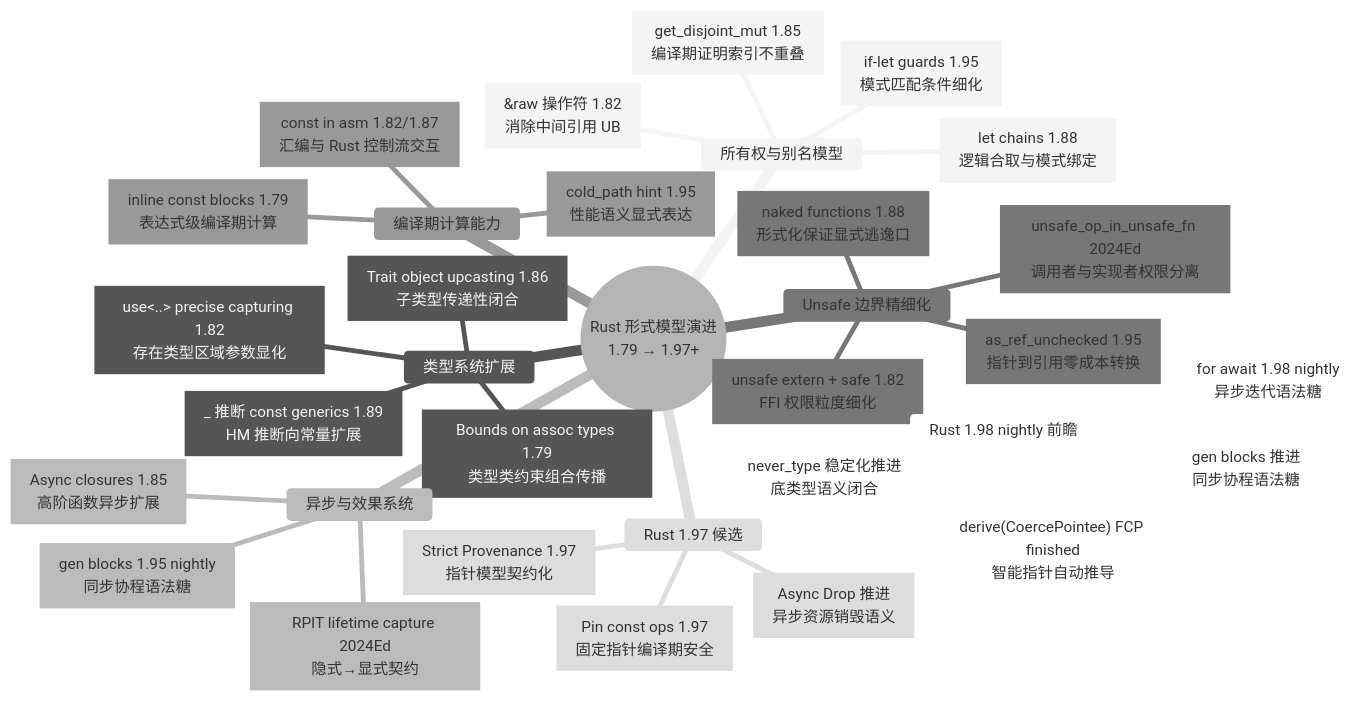
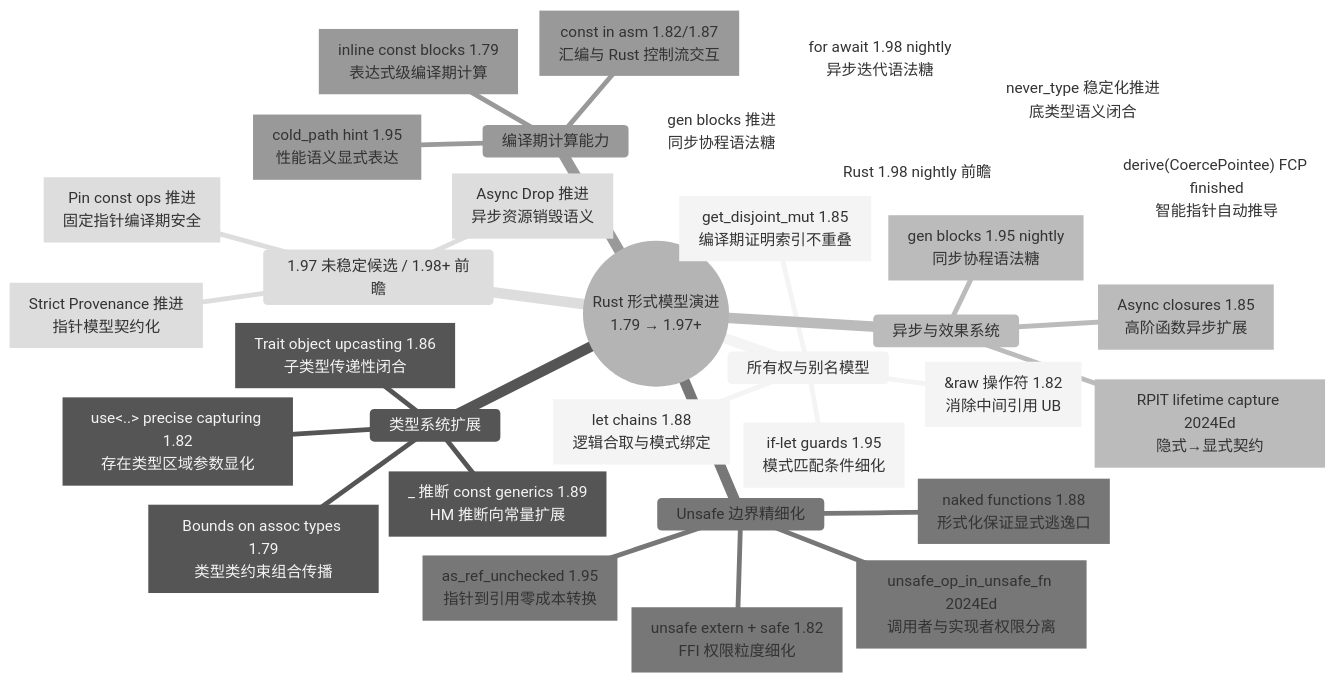
The first of 3 diagrams in concept/07_future/00_version_tracking/05_rust_version_tracking.md (martin-ly/rust-lang), drawn with Mermaid (neutral theme) before and after one commit. The commit also changed other lines of this file and 1170 other files, not shown here.

````diff
--- a/concept/07_future/00_version_tracking/05_rust_version_tracking.md
+++ b/concept/07_future/00_version_tracking/05_rust_version_tracking.md
@@ -48,36 +48,36 @@
 ```mermaid
 mindmap
   root((Rust 形式模型演进<br/>1.79 → 1.97+))
     所有权与别名模型
       raw_op[&raw 操作符 1.82<br/>消除中间引用 UB]
       if_let_guards[if-let guards 1.95<br/>模式匹配条件细化]
       let_chains[let chains 1.88<br/>逻辑合取与模式绑定]
       get_disjoint[get_disjoint_mut 1.85<br/>编译期证明索引不重叠]
     类型系统扩展
       precise_capturing[use&lt;..&gt; precise capturing 1.82<br/>存在类型区域参数显化]
       trait_upcasting[Trait object upcasting 1.86<br/>子类型传递性闭合]
       infer_const[_ 推断 const generics 1.89<br/>HM 推断向常量扩展]
       assoc_bounds[Bounds on assoc types 1.79<br/>类型类约束组合传播]
     异步与效果系统
       async_closures[Async closures 1.85<br/>高阶函数异步扩展]
       rpit_capture[RPIT lifetime capture 2024Ed<br/>隐式→显式契约]
       gen_blocks[gen blocks 1.95 nightly<br/>同步协程语法糖]
     Unsafe 边界精细化
       unsafe_extern[unsafe extern + safe 1.82<br/>FFI 权限粒度细化]
       naked[naked functions 1.88<br/>形式化保证显式逃逸口]
       unsafe_op[unsafe_op_in_unsafe_fn 2024Ed<br/>调用者与实现者权限分离]
       as_ref_unchecked[as_ref_unchecked 1.95<br/>指针到引用零成本转换]
     编译期计算能力
       inline_const[inline const blocks 1.79<br/>表达式级编译期计算]
       const_asm[const in asm 1.82/1.87<br/>汇编与 Rust 控制流交互]
       cold_path[cold_path hint 1.95<br/>性能语义显式表达]
-    Rust 1.97 候选
+    1.97 未稳定候选 / 1.98+ 前瞻
       async_drop[Async Drop 推进<br/>异步资源销毁语义]
-      strict_provenance[Strict Provenance 1.97<br/>指针模型契约化]
-      pin_const[Pin const ops 1.97<br/>固定指针编译期安全]
+      strict_provenance[Strict Provenance 推进<br/>指针模型契约化]
+      pin_const[Pin const ops 推进<br/>固定指针编译期安全]
     Rust 1.98 nightly 前瞻
       gen_blocks_stable[gen blocks 推进<br/>同步协程语法糖]
       async_for_loop[for await 1.98 nightly<br/>异步迭代语法糖]
       coerce_pointee["derive(CoercePointee) FCP finished<br/>智能指针自动推导"]
       never_type_stable[never_type 稳定化推进<br/>底类型语义闭合]
 ```
````
